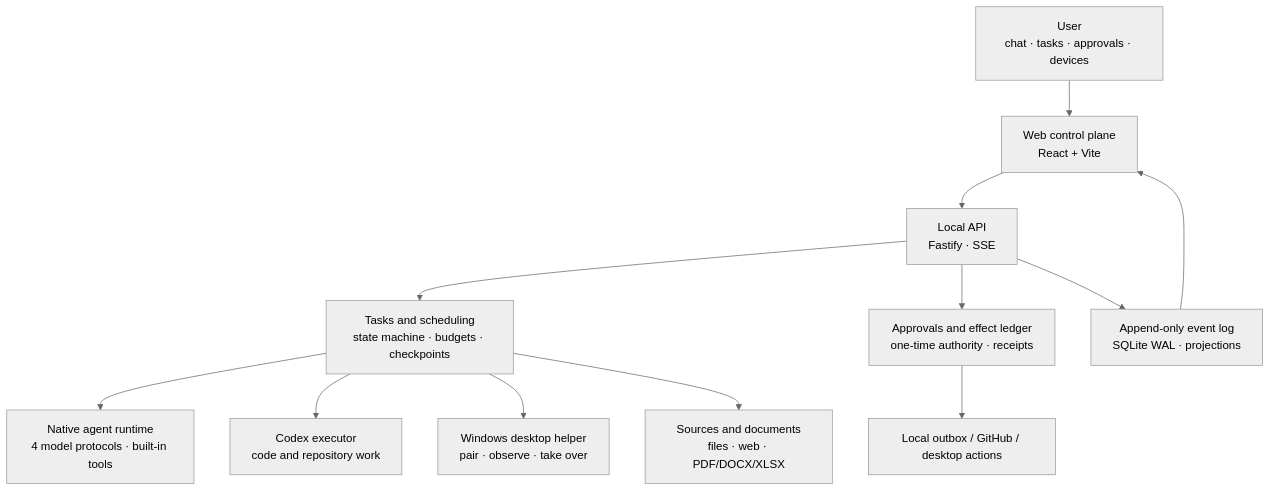
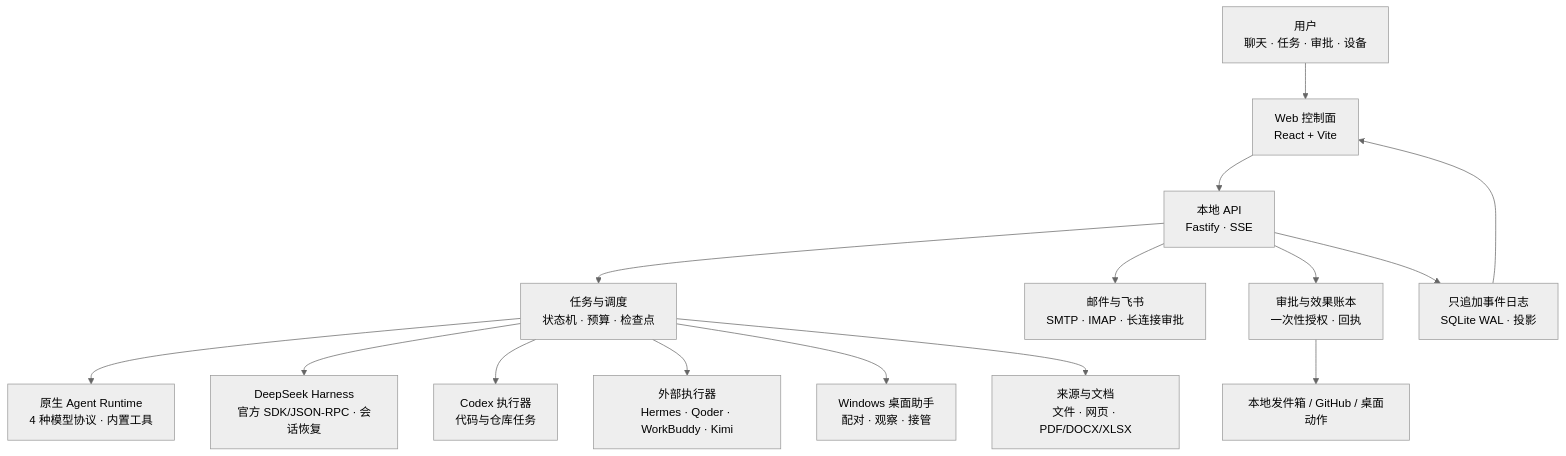
The diagram in README.md (hearthproject/hearth-os), drawn with Mermaid (neutral theme) before and after one commit. The commit also changed other lines of this file and 14 other files, not shown here.

````diff
--- a/README.md
+++ b/README.md
@@ -72,14 +115,17 @@
 ```mermaid
 flowchart TB
-  U["User<br/>chat · tasks · approvals · devices"] --> W["Web control plane<br/>React + Vite"]
-  W --> A["Local API<br/>Fastify · SSE"]
-  A --> S["Tasks and scheduling<br/>state machine · budgets · checkpoints"]
-  S --> N["Native agent runtime<br/>4 model protocols · built-in tools"]
-  S --> C["Codex executor<br/>code and repository work"]
-  S --> D["Windows desktop helper<br/>pair · observe · take over"]
-  S --> F["Sources and documents<br/>files · web · PDF/DOCX/XLSX"]
-  A --> P["Approvals and effect ledger<br/>one-time authority · receipts"]
-  A --> E["Append-only event log<br/>SQLite WAL · projections"]
-  P --> O["Local outbox / GitHub / desktop actions"]
+  U["用户<br/>聊天 · 任务 · 审批 · 设备"] --> W["Web 控制面<br/>React + Vite"]
+  W --> A["本地 API<br/>Fastify · SSE"]
+  A --> S["任务与调度<br/>状态机 · 预算 · 检查点"]
+  S --> N["原生 Agent Runtime<br/>4 种模型协议 · 内置工具"]
+  S --> H["DeepSeek Harness<br/>官方 SDK/JSON-RPC · 会话恢复"]
+  S --> C["Codex 执行器<br/>代码与仓库任务"]
+  S --> X["外部执行器<br/>Hermes · Qoder · WorkBuddy · Kimi"]
+  S --> D["Windows 桌面助手<br/>配对 · 观察 · 接管"]
+  S --> F["来源与文档<br/>文件 · 网页 · PDF/DOCX/XLSX"]
+  A --> M["邮件与飞书<br/>SMTP · IMAP · 长连接审批"]
+  A --> P["审批与效果账本<br/>一次性授权 · 回执"]
+  A --> E["只追加事件日志<br/>SQLite WAL · 投影"]
+  P --> O["本地发件箱 / GitHub / 桌面动作"]
   E --> W
 ```
````
